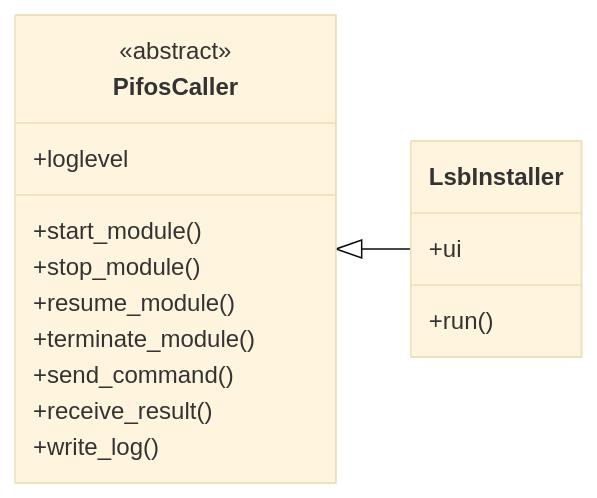
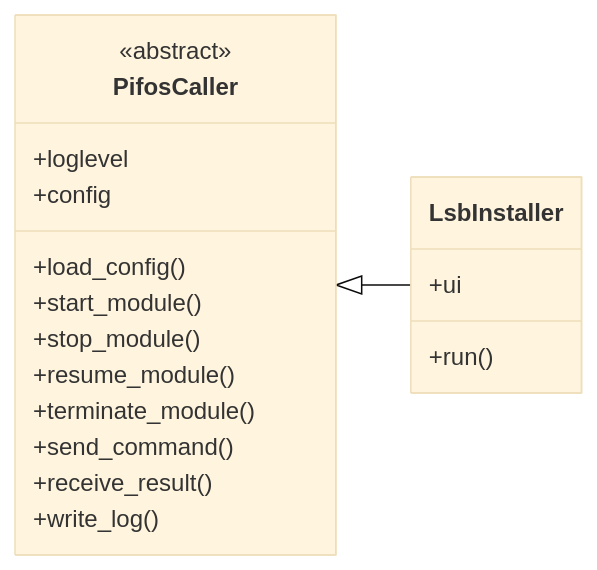
Before and after one commit to macodix/pifos: the fifth of 7 diagrams in docs/04_implementierungsplan.md, drawn with Mermaid (base theme). The commit also changed other lines of this file and 1 other file, not shown here.

Commit message:
Aufrufer haelt Config als Instanzvariable; load_config-Methode (5.1, Diagramm) und CAL-08

````diff
--- a/docs/04_implementierungsplan.md
+++ b/docs/04_implementierungsplan.md
@@ -306,22 +306,24 @@
 ```mermaid
 classDiagram
     direction LR
 
     class PifosCaller {
         <<abstract>>
         +loglevel
+        +config
+        +load_config()
         +start_module()
         +stop_module()
         +resume_module()
         +terminate_module()
         +send_command()
         +receive_result()
         +write_log()
     }
     class LsbInstaller {
         +ui
         +run()
     }
 
     PifosCaller <|-- LsbInstaller
 ```
````
